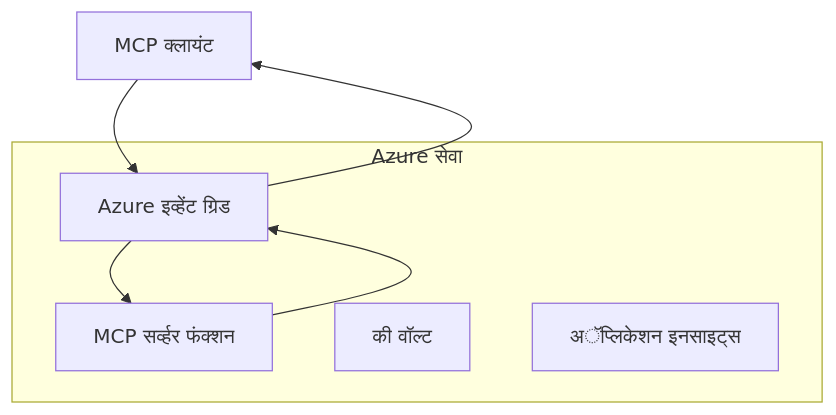
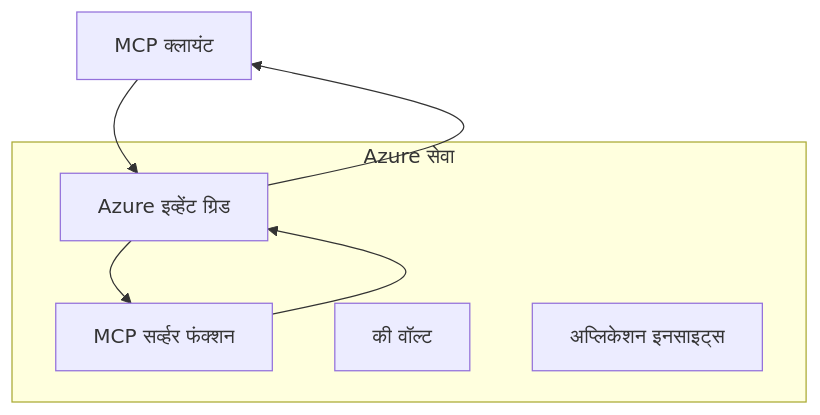
The first of 2 diagrams in mcp_ecosystem__model_context_protocol/mcp_learning_resources/mcp-for-beginners/translations/mr/05-AdvancedTopics/mcp-transport/README.md (HIDORAKAI002/ai-workspace-archive), drawn with Mermaid before and after one commit. The commit also changed other lines of this file and 1046 other files, not shown here.

````diff
--- a/mcp_ecosystem__model_context_protocol/mcp_learning_resources/mcp-for-beginners/translations/mr/05-AdvancedTopics/mcp-transport/README.md
+++ b/mcp_ecosystem__model_context_protocol/mcp_learning_resources/mcp-for-beginners/translations/mr/05-AdvancedTopics/mcp-transport/README.md
@@ -58,14 +60,14 @@
 ```mermaid
 graph TB
     Client[MCP क्लायंट] --> EG[Azure इव्हेंट ग्रिड]
     EG --> Server[MCP सर्व्हर फंक्शन]
     Server --> EG
     EG --> Client
     
     subgraph "Azure सेवा"
         EG
         Server
         KV[की वॉल्ट]
-        Monitor[अॅप्लिकेशन इनसाइट्स]
+        Monitor[अप्लिकेशन इनसाइट्स]
     end
 ```
````
